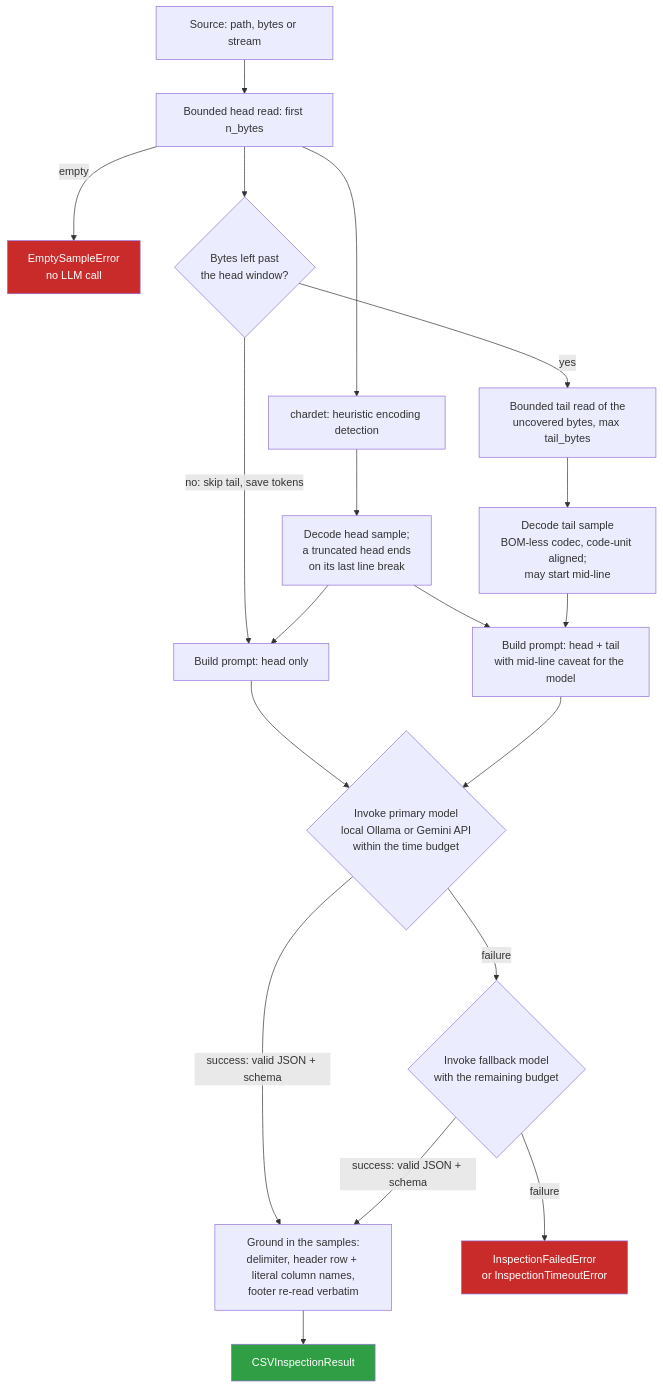
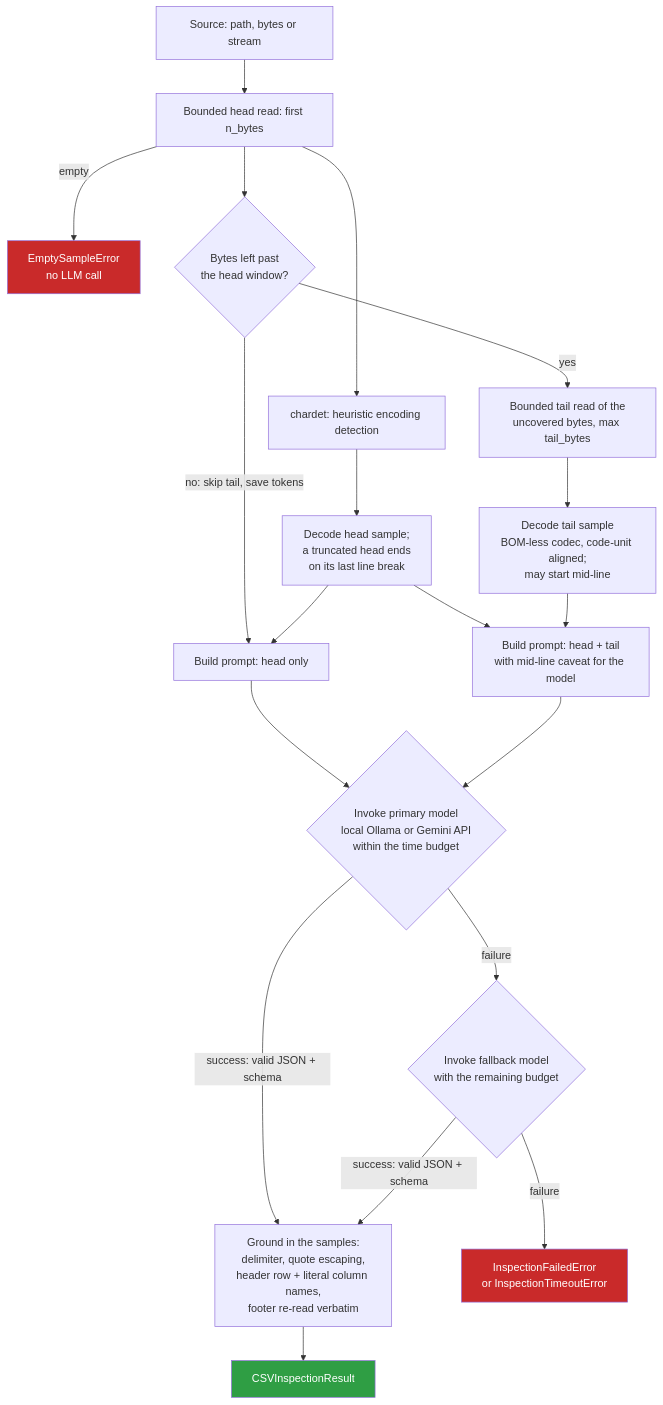
The second of 2 diagrams in agents/csv_inspector/README.md (deluispablo/data-agent-toolkit), drawn with Mermaid before and after one commit. The commit also changed other lines of this file and 4 other files, not shown here.

````diff
--- a/agents/csv_inspector/README.md
+++ b/agents/csv_inspector/README.md
@@ -215,25 +218,25 @@
 ```mermaid
 flowchart TD
     A[Source: path, bytes or stream] --> B[Bounded head read: first n_bytes]
     B -->|empty| X[EmptySampleError<br/>no LLM call]
     B --> C[chardet: heuristic encoding detection]
     C --> D[Decode head sample;<br/>a truncated head ends<br/>on its last line break]
     B --> COND{Bytes left past<br/>the head window?}
     COND -->|no: skip tail, save tokens| E1[Build prompt: head only]
     COND -->|yes| T[Bounded tail read of the<br/>uncovered bytes, max tail_bytes]
     T --> T2[Decode tail sample<br/>BOM-less codec, code-unit aligned;<br/>may start mid-line]
     D --> E1
     D --> E2[Build prompt: head + tail<br/>with mid-line caveat for the model]
     T2 --> E2
     E1 --> F{Invoke primary model<br/>local Ollama or Gemini API<br/>within the time budget}
     E2 --> F
-    F -->|success: valid JSON + schema| GR[Ground in the samples:<br/>delimiter, header row + literal column names,<br/>footer re-read verbatim]
+    F -->|success: valid JSON + schema| GR[Ground in the samples:<br/>delimiter, quote escaping,<br/>header row + literal column names,<br/>footer re-read verbatim]
     F -->|failure| G{Invoke fallback model<br/>with the remaining budget}
     G -->|success: valid JSON + schema| GR
     G -->|failure| H[InspectionFailedError<br/>or InspectionTimeoutError]
     GR --> L[CSVInspectionResult]
 
     style L fill:#2f9e44,color:#fff
     style H fill:#c92a2a,color:#fff
     style X fill:#c92a2a,color:#fff
 ```
````
